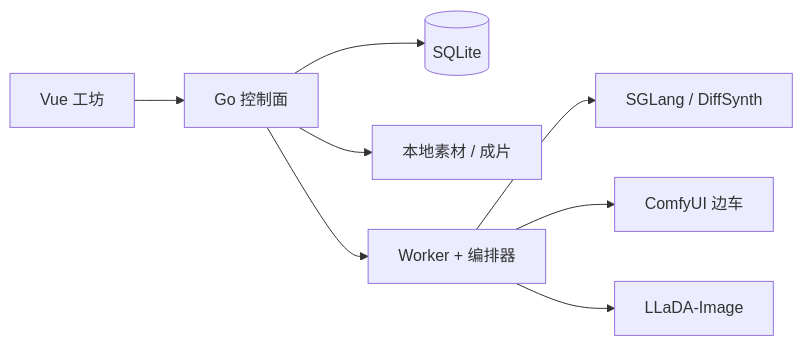
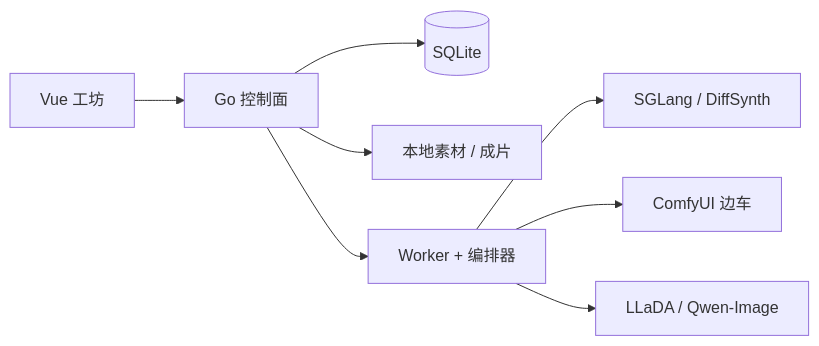
The diagram in README.md (showx/aishow), drawn with Mermaid before and after one commit. The commit also changed other lines of this file and 29 other files, not shown here.

````diff
--- a/README.md
+++ b/README.md
@@ -39,10 +39,10 @@
 ```mermaid
 flowchart LR
   UI[Vue 工坊] --> API[Go 控制面]
   API --> DB[(SQLite)]
   API --> FS[本地素材 / 成片]
   API --> W[Worker + 编排器]
   W --> A[SGLang / DiffSynth]
   W --> B[ComfyUI 边车]
-  W --> C[LLaDA-Image]
+  W --> C[LLaDA / Qwen-Image]
 ```
````
